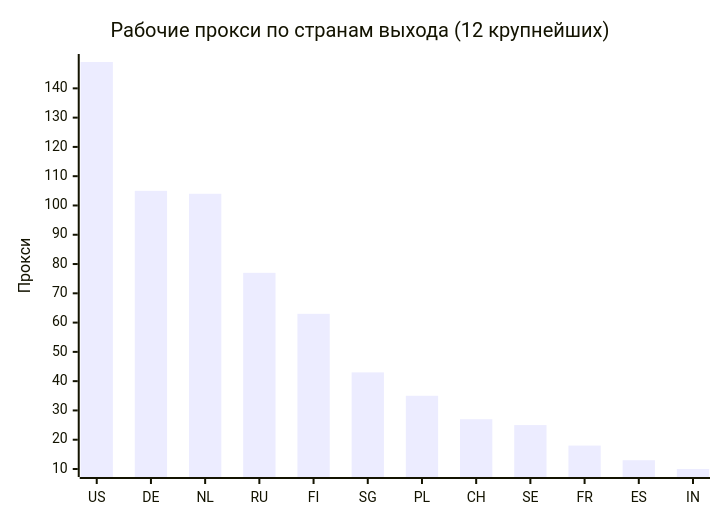
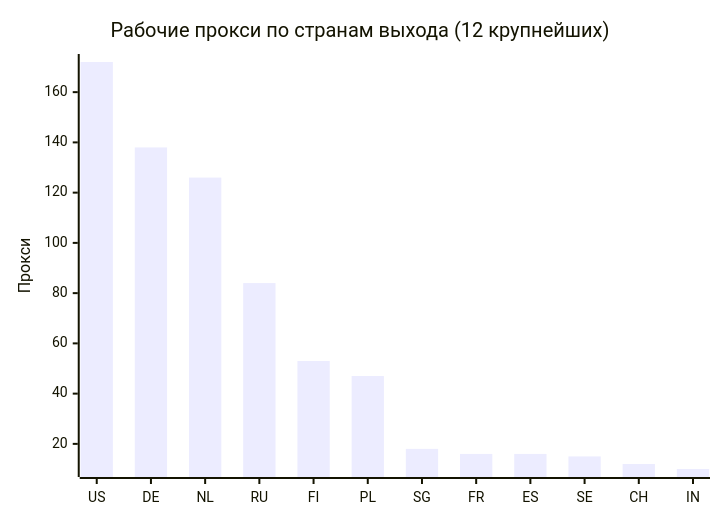
The second of 4 diagrams in README.md (rvvg/proxy-subs), drawn with Mermaid before and after one commit. The commit also changed other lines of this file and 47 other files, not shown here.

````diff
--- a/README.md
+++ b/README.md
@@ -129,7 +130,7 @@
 ```mermaid
 xychart-beta
     title "Рабочие прокси по странам выхода (12 крупнейших)"
-    x-axis ["US", "DE", "NL", "RU", "FI", "SG", "PL", "CH", "SE", "FR", "ES", "IN"]
+    x-axis ["US", "DE", "NL", "RU", "FI", "PL", "SG", "FR", "ES", "SE", "CH", "IN"]
     y-axis "Прокси"
-    bar [149, 105, 104, 77, 63, 43, 35, 27, 25, 18, 13, 10]
+    bar [172, 138, 126, 84, 53, 47, 18, 16, 16, 15, 12, 10]
 ```
````
